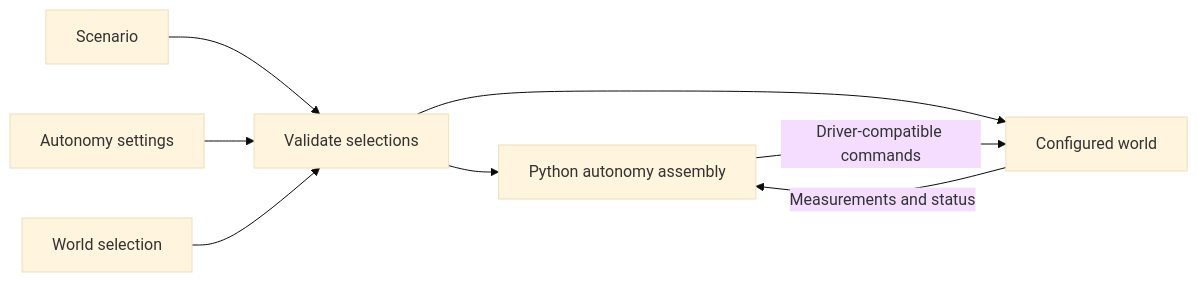
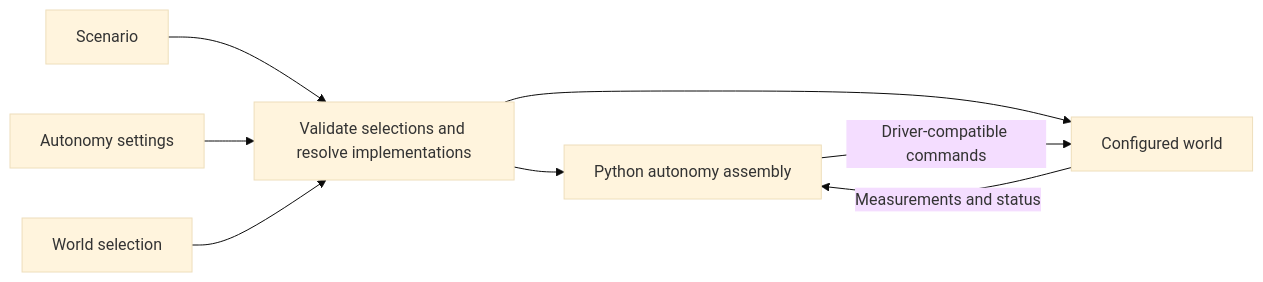
One commit to AlexandreAmice/robo_arch changed the diagram in docs/architecture.md. Above: the diagram before and after it, drawn with Mermaid (base theme). The commit also changed other lines of this file and 5 other files, not shown here.

Commit message:
Define shared-world architecture and acceptance gates

````diff
--- a/docs/architecture.md
+++ b/docs/architecture.md
@@ -29,10 +31,10 @@
 ```mermaid
 flowchart LR
-    S[Scenario] --> C[Validate selections]
+    S[Scenario] --> C[Validate selections and resolve implementations]
     A[Autonomy settings] --> C
     W[World selection] --> C
     C --> E[Python autonomy assembly]
     C --> R[Configured world]
     R -->|Measurements and status| E
     E -->|Driver-compatible commands| R
 ```
````
